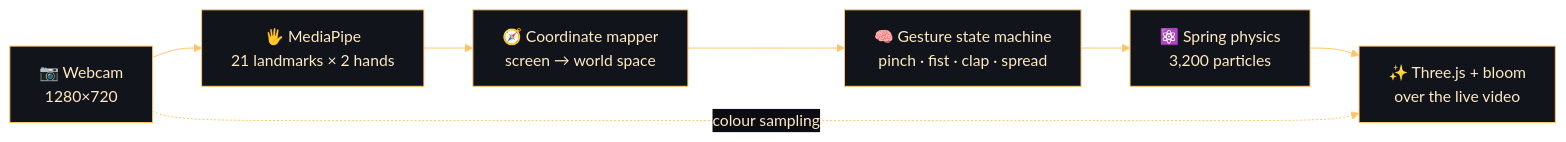
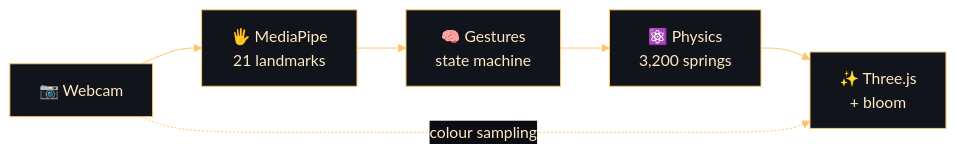
One commit to priyanshusharan-cmd/astral-dust changed the first of 2 diagrams in README.md. Above: the diagram before and after it, drawn with Mermaid. The commit also changed other lines of this file, not shown here.

Commit message:
Polish README spacing and pipeline diagram

````diff
--- a/README.md
+++ b/README.md
@@ -125,10 +127,9 @@
 ```mermaid
 %%{init: {'theme':'base','themeVariables':{'primaryColor':'#11141B','primaryTextColor':'#FFE9C2','primaryBorderColor':'#FFC46B','lineColor':'#FFC46B','secondaryColor':'#0B0D12','tertiaryColor':'#0B0D12','fontFamily':'monospace'}}}%%
 flowchart LR
-    A["📷 Webcam<br/>1280×720"] --> B["🖐 MediaPipe<br/>21 landmarks × 2 hands"]
-    B --> C["🧭 Coordinate mapper<br/>screen → world space"]
-    C --> D["🧠 Gesture state machine<br/>pinch · fist · clap · spread"]
-    D --> E["⚛️ Spring physics<br/>3,200 particles"]
-    E --> F["✨ Three.js + bloom<br/>over the live video"]
-    A -. "colour sampling" .-> F
+    A["📷 Webcam"] --> B["🖐 MediaPipe<br/>21 landmarks"]
+    B --> C["🧠 Gestures<br/>state machine"]
+    C --> D["⚛️ Physics<br/>3,200 springs"]
+    D --> E["✨ Three.js<br/>+ bloom"]
+    A -. "colour sampling" .-> E
 ```
````
